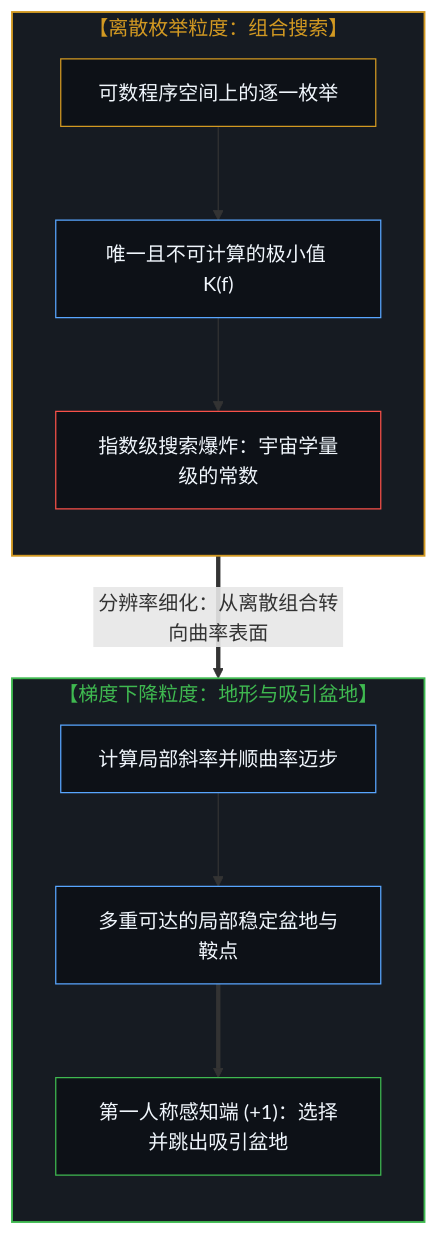
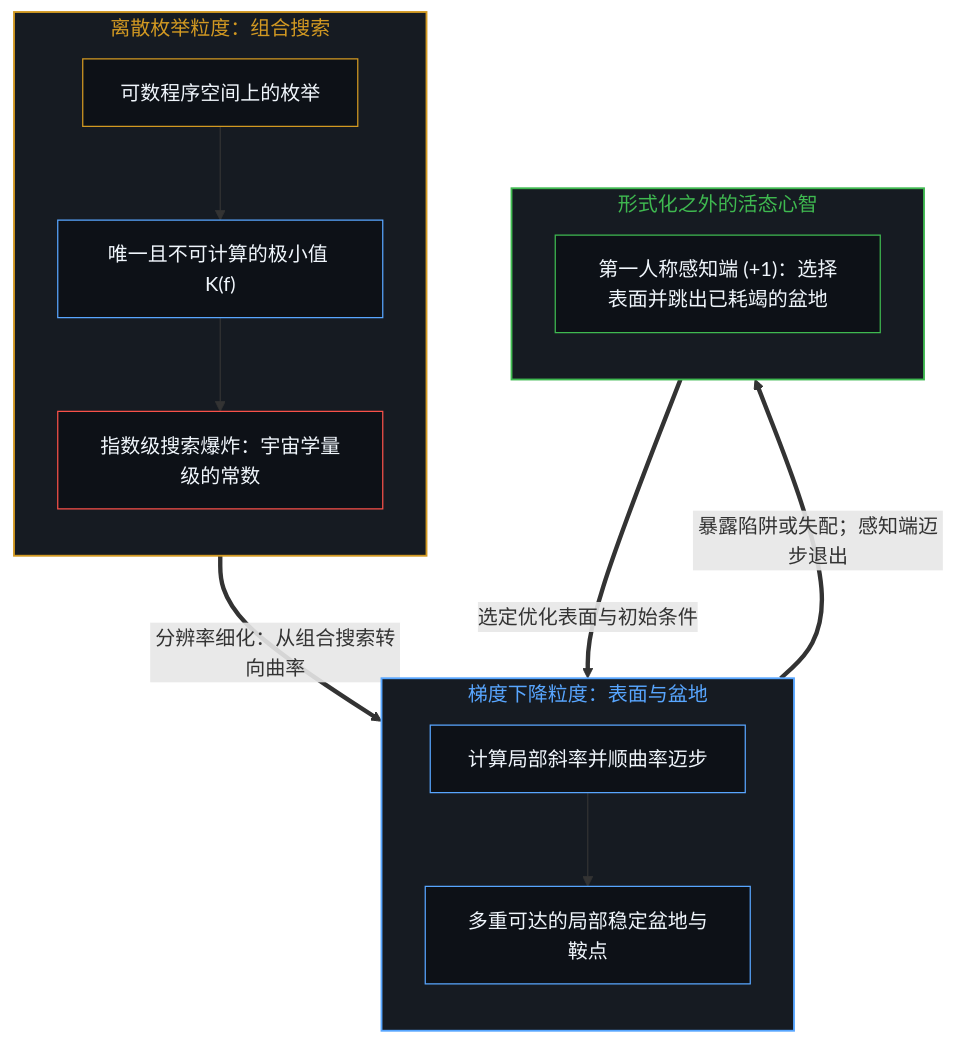
The first of 2 diagrams in content/posts/the-surface-beneath.md (powerpig99/not-a-toe), drawn with Mermaid before and after one commit. The commit also changed other lines of this file and 3 other files, not shown here.

````diff
--- a/content/posts/the-surface-beneath.md
+++ b/content/posts/the-surface-beneath.md
@@ -39,26 +39,32 @@
 ```mermaid
 flowchart TD
-    subgraph S_Enum["【离散枚举粒度：组合搜索】"]
+    subgraph S_Enum["离散枚举粒度：组合搜索"]
         direction TB
-        Countable["可数程序空间上的逐一枚举"]
+        Countable["可数程序空间上的枚举"]
         UniqueK["唯一且不可计算的极小值 K(f)"]
         Blowup["指数级搜索爆炸：宇宙学量级的常数"]
         Countable --> UniqueK --> Blowup
     end
-    S_Enum ==>|"分辨率细化：从离散组合转向曲率表面"| S_Grad
-    subgraph S_Grad["【梯度下降粒度：地形与吸引盆地】"]
+    subgraph S_Grad["梯度下降粒度：表面与盆地"]
         direction TB
         Slope["计算局部斜率并顺曲率迈步"]
         Basins["多重可达的局部稳定盆地与鞍点"]
-        HumanSense["第一人称感知端 (+1)：选择并跳出吸引盆地"]
-        Slope --> Basins ==> HumanSense
+        Slope --> Basins
     end
+    subgraph S_Sense["形式化之外的活态心智"]
+        direction TB
+        HumanSense["第一人称感知端 (+1)：选择表面并跳出已耗竭的盆地"]
+    end
+    S_Enum ==>|"分辨率细化：从组合搜索转向曲率"| S_Grad
+    HumanSense ==>|"选定优化表面与初始条件"| Slope
+    Basins ==>|"暴露陷阱或失配；感知端迈步退出"| HumanSense
     style S_Enum fill:#161b22,stroke:#d29922,stroke-width:1.5px,color:#d29922
-    style S_Grad fill:#161b22,stroke:#3fb950,stroke-width:1.5px,color:#3fb950
+    style S_Grad fill:#161b22,stroke:#58a6ff,stroke-width:1.5px,color:#58a6ff
+    style S_Sense fill:#161b22,stroke:#3fb950,stroke-width:1.5px,color:#3fb950
     style Countable fill:#0d1117,stroke:#d29922,stroke-width:1px,color:#f0f6fc
     style UniqueK fill:#0d1117,stroke:#58a6ff,stroke-width:1px,color:#f0f6fc
     style Blowup fill:#0d1117,stroke:#f85149,stroke-width:1px,color:#f0f6fc
     style Slope fill:#0d1117,stroke:#58a6ff,stroke-width:1px,color:#f0f6fc
     style Basins fill:#0d1117,stroke:#58a6ff,stroke-width:1px,color:#f0f6fc
     style HumanSense fill:#0d1117,stroke:#3fb950,stroke-width:1px,color:#f0f6fc
 ```
````
